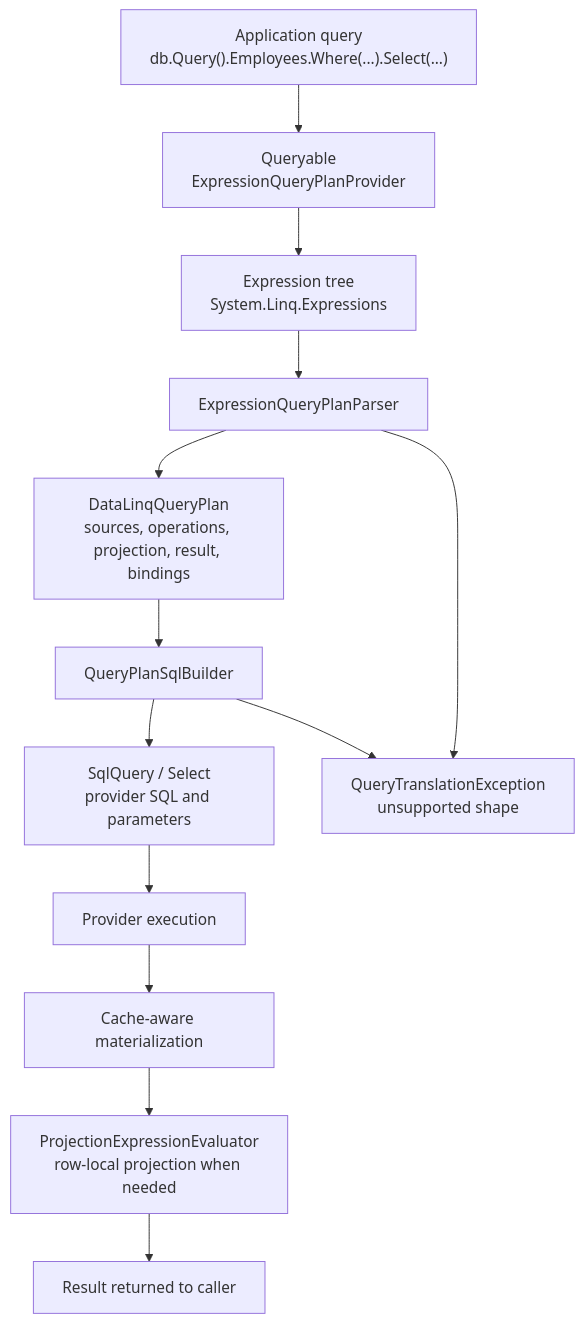
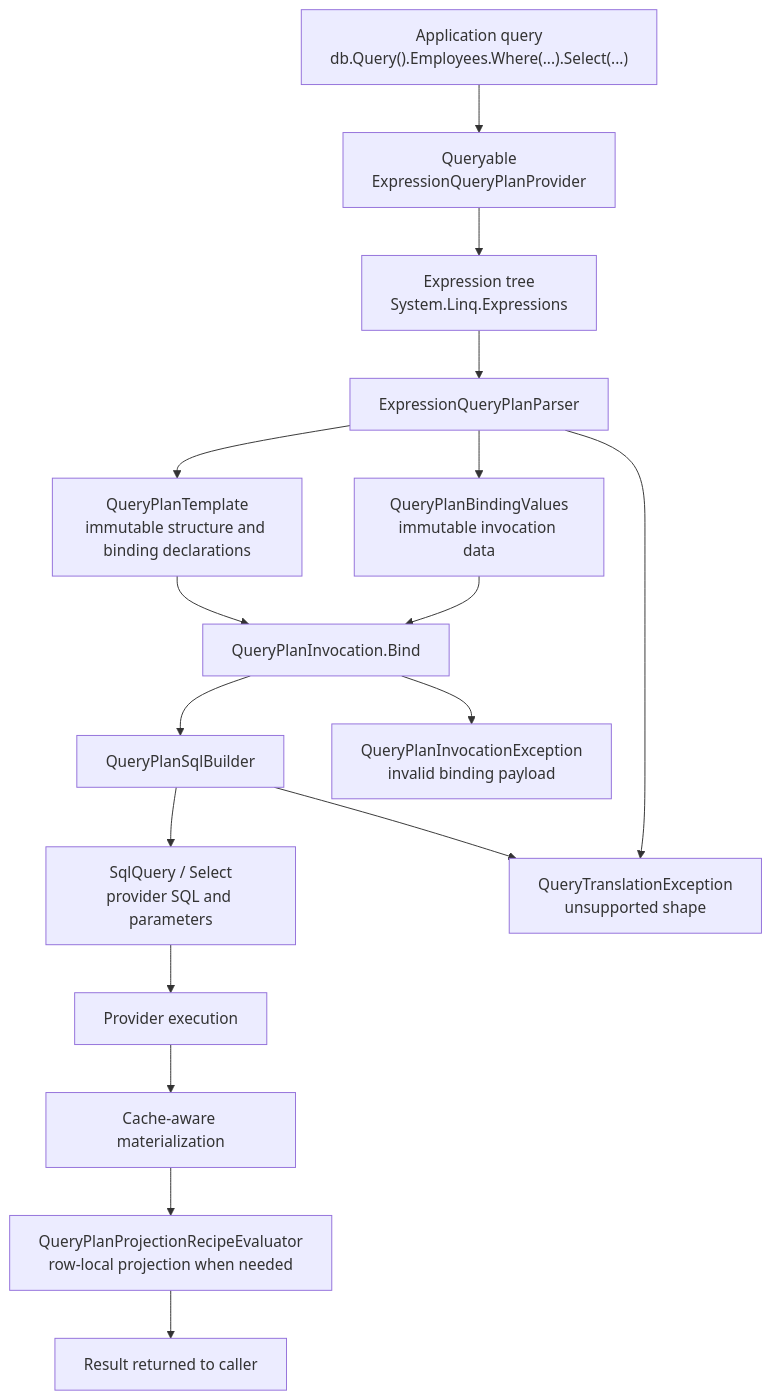
The first of 7 diagrams in docs/internals/LINQ Parser Architecture.md (bazer/DataLinq), drawn with Mermaid before and after one commit. The commit also changed other lines of this file and 29 other files, not shown here.

````diff
--- a/docs/internals/LINQ Parser Architecture.md
+++ b/docs/internals/LINQ Parser Architecture.md
@@ -24,16 +25,20 @@
 ```mermaid
 flowchart TD
     A["Application query<br/>db.Query().Employees.Where(...).Select(...)"] --> B["Queryable<T><br/>ExpressionQueryPlanProvider"]
     B --> C["Expression tree<br/>System.Linq.Expressions"]
     C --> D["ExpressionQueryPlanParser"]
-    D --> E["DataLinqQueryPlan<br/>sources, operations, projection, result, bindings"]
-    E --> F["QueryPlanSqlBuilder"]
-    F --> G["SqlQuery / Select<br/>provider SQL and parameters"]
-    G --> H["Provider execution"]
-    H --> I["Cache-aware materialization"]
-    I --> J["ProjectionExpressionEvaluator<br/>row-local projection when needed"]
-    J --> K["Result returned to caller"]
+    D --> E["QueryPlanTemplate<br/>immutable structure and binding declarations"]
+    D --> F["QueryPlanBindingValues<br/>immutable invocation data"]
+    E --> G["QueryPlanInvocation.Bind"]
+    F --> G
+    G --> H["QueryPlanSqlBuilder"]
+    H --> I["SqlQuery / Select<br/>provider SQL and parameters"]
+    I --> J["Provider execution"]
+    J --> K["Cache-aware materialization"]
+    K --> L["QueryPlanProjectionRecipeEvaluator<br/>row-local projection when needed"]
+    L --> M["Result returned to caller"]
 
-    D --> L["QueryTranslationException<br/>unsupported shape"]
-    F --> L
+    D --> N["QueryTranslationException<br/>unsupported shape"]
+    G --> O["QueryPlanInvocationException<br/>invalid binding payload"]
+    H --> N
 ```
````
